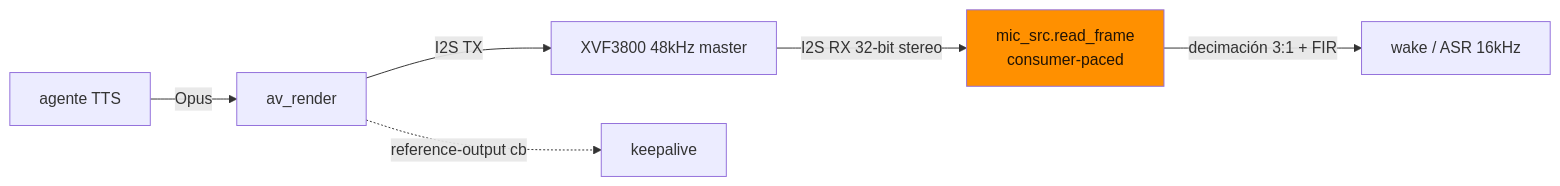
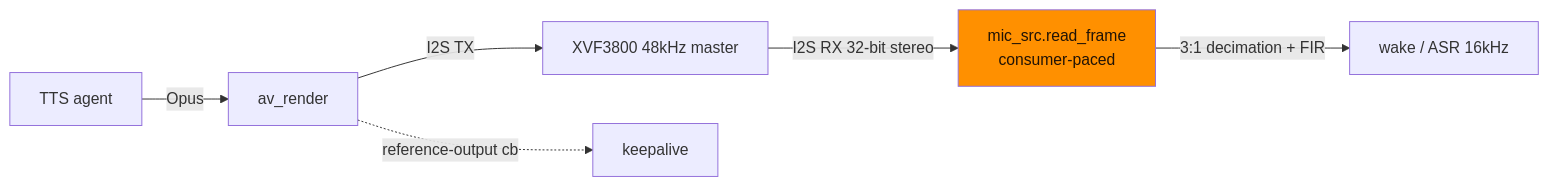
The second of 3 diagrams in blog-2-arquitectura-esp32-zig-livekit.md (Zetesis-Labs/Sebastian), drawn with Mermaid before and after one commit. The commit also changed other lines of this file and 31 other files, not shown here.

````diff
--- a/blog-2-arquitectura-esp32-zig-livekit.md
+++ b/blog-2-arquitectura-esp32-zig-livekit.md
@@ -73,8 +51,8 @@
 ```mermaid
 flowchart LR
     XVF[XVF3800 48kHz master] -->|I2S RX 32-bit stereo| MS[mic_src.read_frame<br/>consumer-paced]
-    MS -->|decimación 3:1 + FIR| WW[wake / ASR 16kHz]
-    AG[agente TTS] -->|Opus| AR[av_render] -->|I2S TX| XVF
+    MS -->|3:1 decimation + FIR| WW[wake / ASR 16kHz]
+    AG[TTS agent] -->|Opus| AR[av_render] -->|I2S TX| XVF
     AR -.->|reference-output cb| KA[keepalive]
     style MS fill:#ff9000,color:#201306
 ```
````
